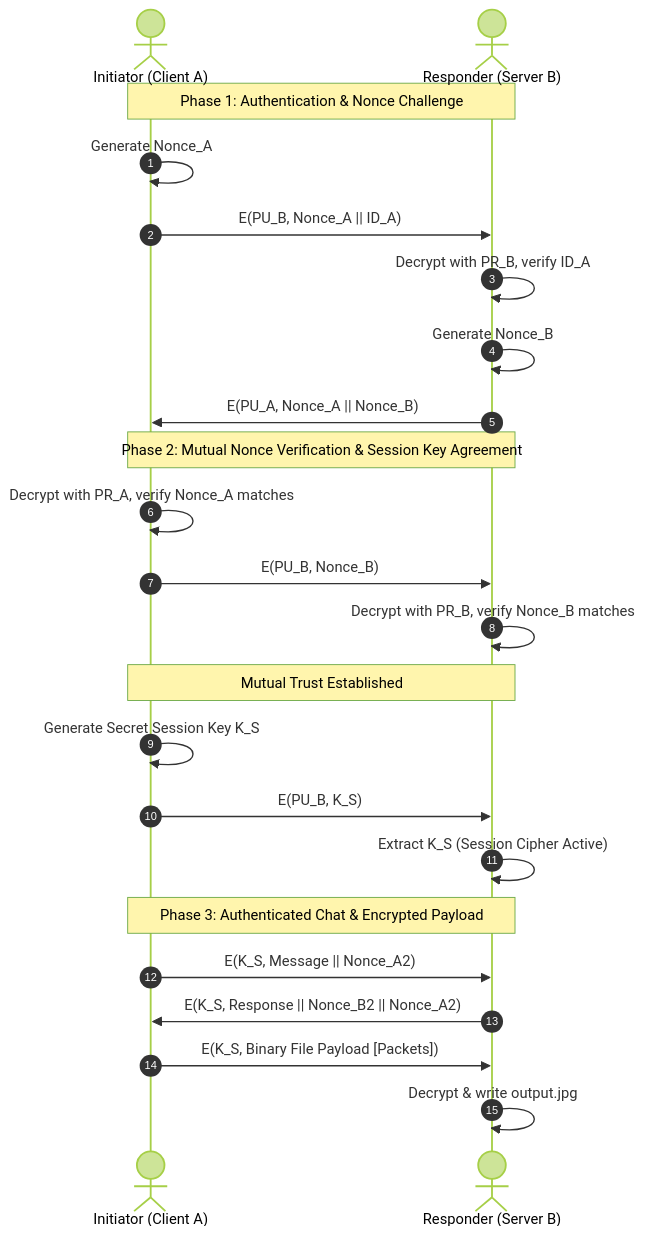
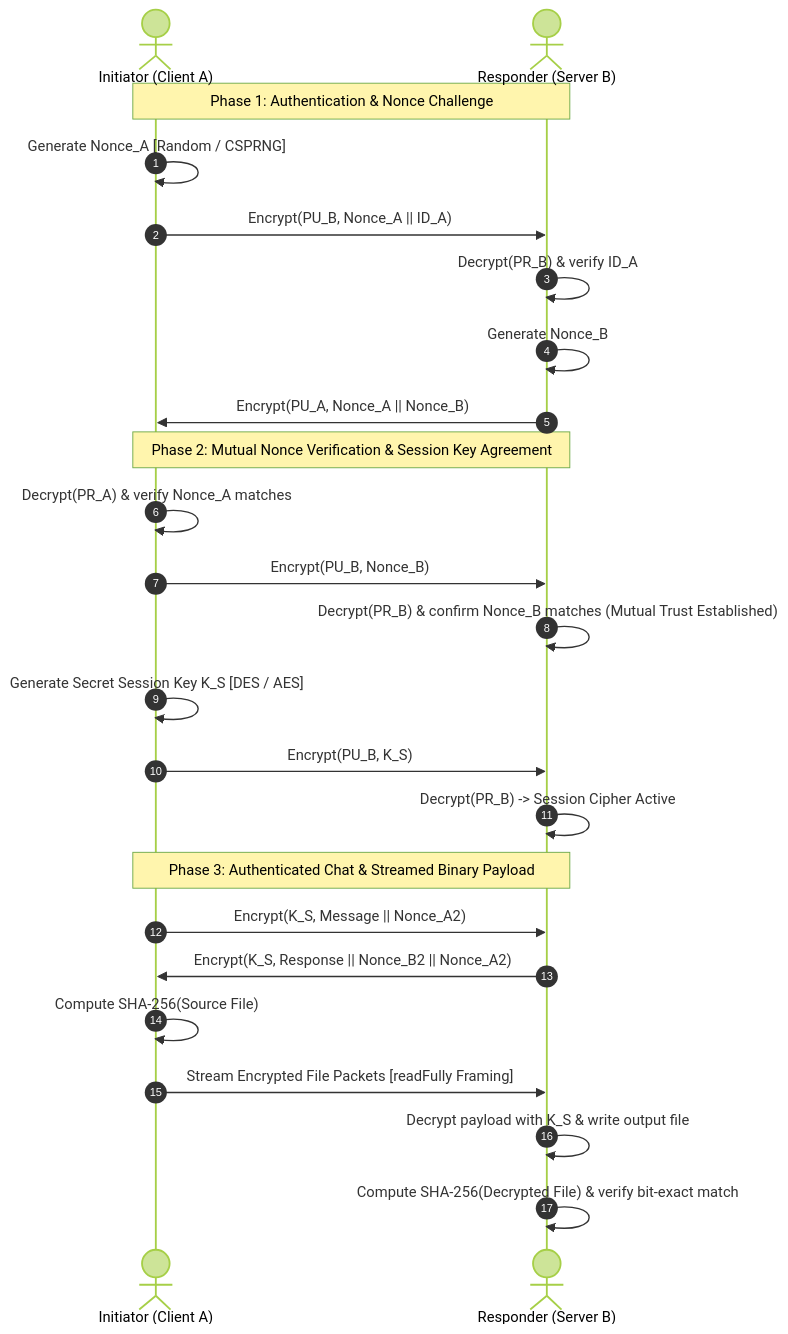
One commit to Kalp-S/javaSecureFileTransfer changed the diagram in README.md. Above: the diagram before and after it, drawn with Mermaid (forest theme). The commit also changed other lines of this file and 9 other files, not shown here.

Commit message:
feat: implement SHA-256 integrity verification, AES support, automated test suite, and build scripts

````diff
--- a/README.md
+++ b/README.md
@@ -18,28 +19,29 @@
 ```mermaid
 sequenceDiagram
     autonumber
     actor Client as Initiator (Client A)
     actor Server as Responder (Server B)
 
     Note over Client,Server: Phase 1: Authentication & Nonce Challenge
-    Client->>Client: Generate Nonce_A
-    Client->>Server: E(PU_B, Nonce_A || ID_A)
-    Server->>Server: Decrypt with PR_B, verify ID_A
+    Client->>Client: Generate Nonce_A [Random / CSPRNG]
+    Client->>Server: Encrypt(PU_B, Nonce_A || ID_A)
+    Server->>Server: Decrypt(PR_B) & verify ID_A
     Server->>Server: Generate Nonce_B
-    Server->>Client: E(PU_A, Nonce_A || Nonce_B)
+    Server->>Client: Encrypt(PU_A, Nonce_A || Nonce_B)
 
     Note over Client,Server: Phase 2: Mutual Nonce Verification & Session Key Agreement
-    Client->>Client: Decrypt with PR_A, verify Nonce_A matches
-    Client->>Server: E(PU_B, Nonce_B)
-    Server->>Server: Decrypt with PR_B, verify Nonce_B matches
-    Note over Client,Server: Mutual Trust Established
-    Client->>Client: Generate Secret Session Key K_S
-    Client->>Server: E(PU_B, K_S)
-    Server->>Server: Extract K_S (Session Cipher Active)
+    Client->>Client: Decrypt(PR_A) & verify Nonce_A matches
+    Client->>Server: Encrypt(PU_B, Nonce_B)
+    Server->>Server: Decrypt(PR_B) & confirm Nonce_B matches (Mutual Trust Established)
+    Client->>Client: Generate Secret Session Key K_S [DES / AES]
+    Client->>Server: Encrypt(PU_B, K_S)
+    Server->>Server: Decrypt(PR_B) -> Session Cipher Active
 
-    Note over Client,Server: Phase 3: Authenticated Chat & Encrypted Payload
-    Client->>Server: E(K_S, Message || Nonce_A2)
-    Server->>Client: E(K_S, Response || Nonce_B2 || Nonce_A2)
-    Client->>Server: E(K_S, Binary File Payload [Packets])
-    Server->>Server: Decrypt & write output.jpg
+    Note over Client,Server: Phase 3: Authenticated Chat & Streamed Binary Payload
+    Client->>Server: Encrypt(K_S, Message || Nonce_A2)
+    Server->>Client: Encrypt(K_S, Response || Nonce_B2 || Nonce_A2)
+    Client->>Client: Compute SHA-256(Source File)
+    Client->>Server: Stream Encrypted File Packets [readFully Framing]
+    Server->>Server: Decrypt payload with K_S & write output file
+    Server->>Server: Compute SHA-256(Decrypted File) & verify bit-exact match
 ```
````
